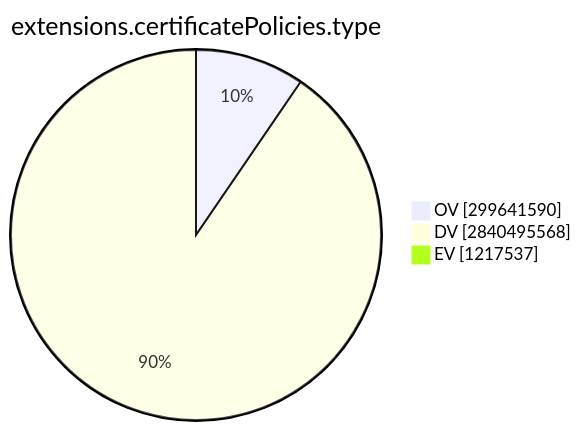
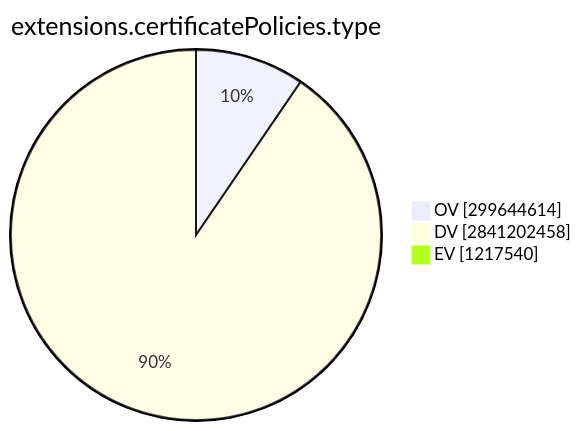
One commit to christiankrug/ctmonitor_visualization changed the ninth of 15 diagrams in TOTAL/README.md. Above: the diagram before and after it, drawn with Mermaid. The commit also changed other lines of this file, not shown here.

````diff
--- a/TOTAL/README.md
+++ b/TOTAL/README.md
@@ -3101,7 +3101,7 @@
 ```mermaid
 pie showData
 title extensions.certificatePolicies.type
-"OV" :299641590
-"DV" :2840495568
-"EV" :1217537
+"OV" :299644614
+"DV" :2841202458
+"EV" :1217540
 ```
````
